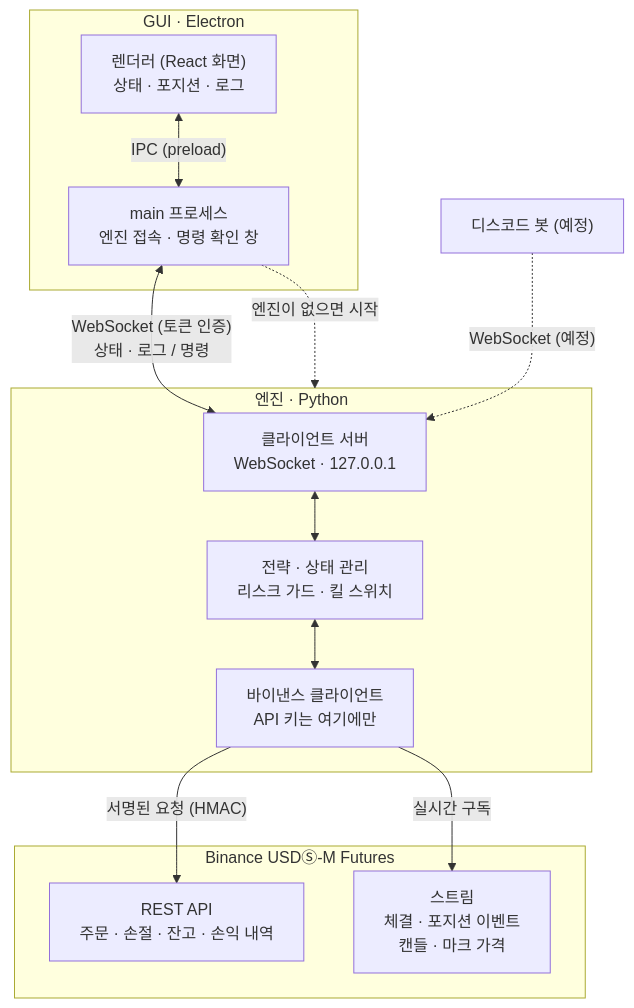
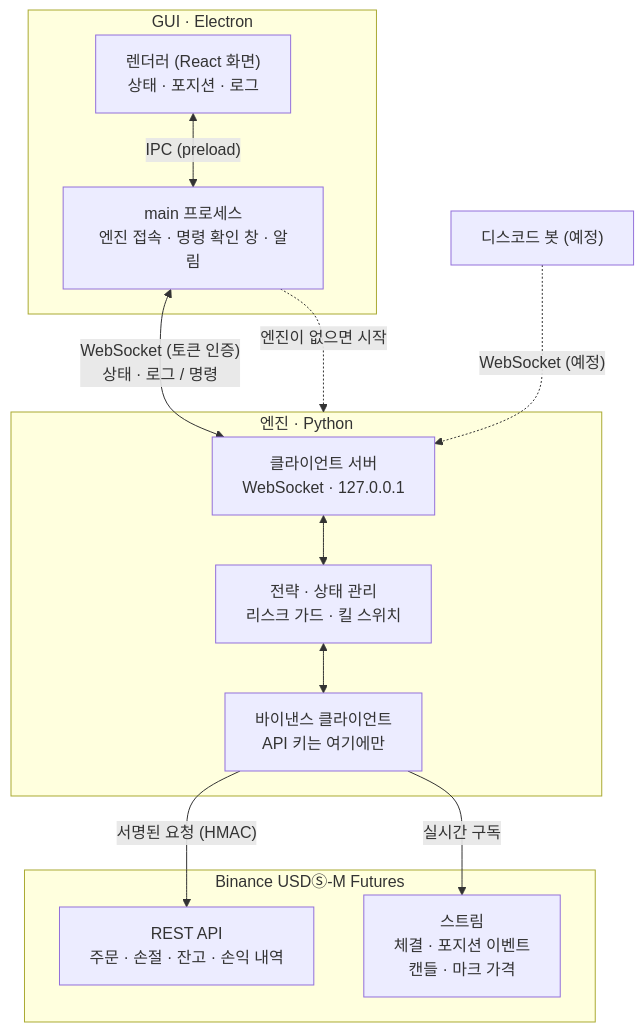
The first of 2 diagrams in README.md (Epsilonely/quantdeck), drawn with Mermaid before and after one commit. The commit also changed other lines of this file and 26 other files, not shown here.

````diff
--- a/README.md
+++ b/README.md
@@ -24,29 +24,29 @@
 ```mermaid
 flowchart TB
     BOT["디스코드 봇 (예정)"]
 
     subgraph GUI["GUI · Electron"]
         R["렌더러 (React 화면)<br/>상태 · 포지션 · 로그"]
-        M["main 프로세스<br/>엔진 접속 · 명령 확인 창"]
+        M["main 프로세스<br/>엔진 접속 · 명령 확인 창 · 알림"]
     end
 
     subgraph ENG["엔진 · Python"]
         S["클라이언트 서버<br/>WebSocket · 127.0.0.1"]
         C["전략 · 상태 관리<br/>리스크 가드 · 킬 스위치"]
         B["바이낸스 클라이언트<br/>API 키는 여기에만"]
     end
 
     subgraph BN["Binance USDⓈ-M Futures"]
         REST["REST API<br/>주문 · 손절 · 잔고 · 손익 내역"]
         WS["스트림<br/>체결 · 포지션 이벤트<br/>캔들 · 마크 가격"]
     end
 
     R <-->|"IPC (preload)"| M
     M <-->|"WebSocket (토큰 인증)<br/>상태 · 로그 / 명령"| S
     M -.->|"엔진이 없으면 시작"| ENG
     BOT -.->|"WebSocket (예정)"| S
     S <--> C
     C <--> B
     B -->|"서명된 요청 (HMAC)"| REST
     B -->|"실시간 구독"| WS
 ```
````
